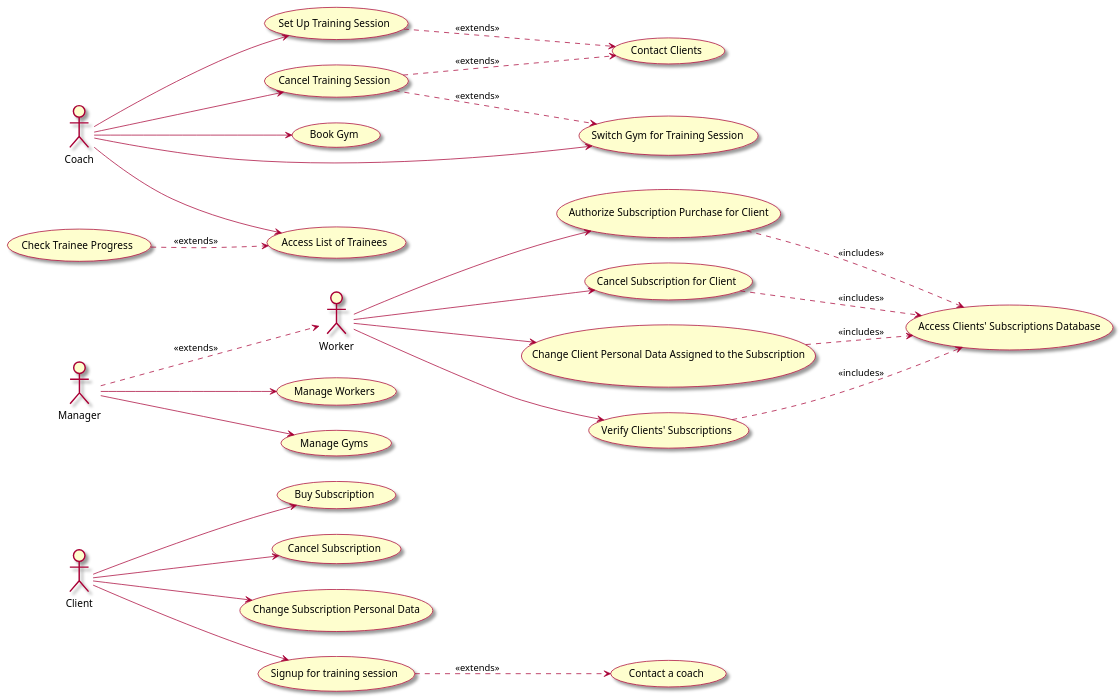
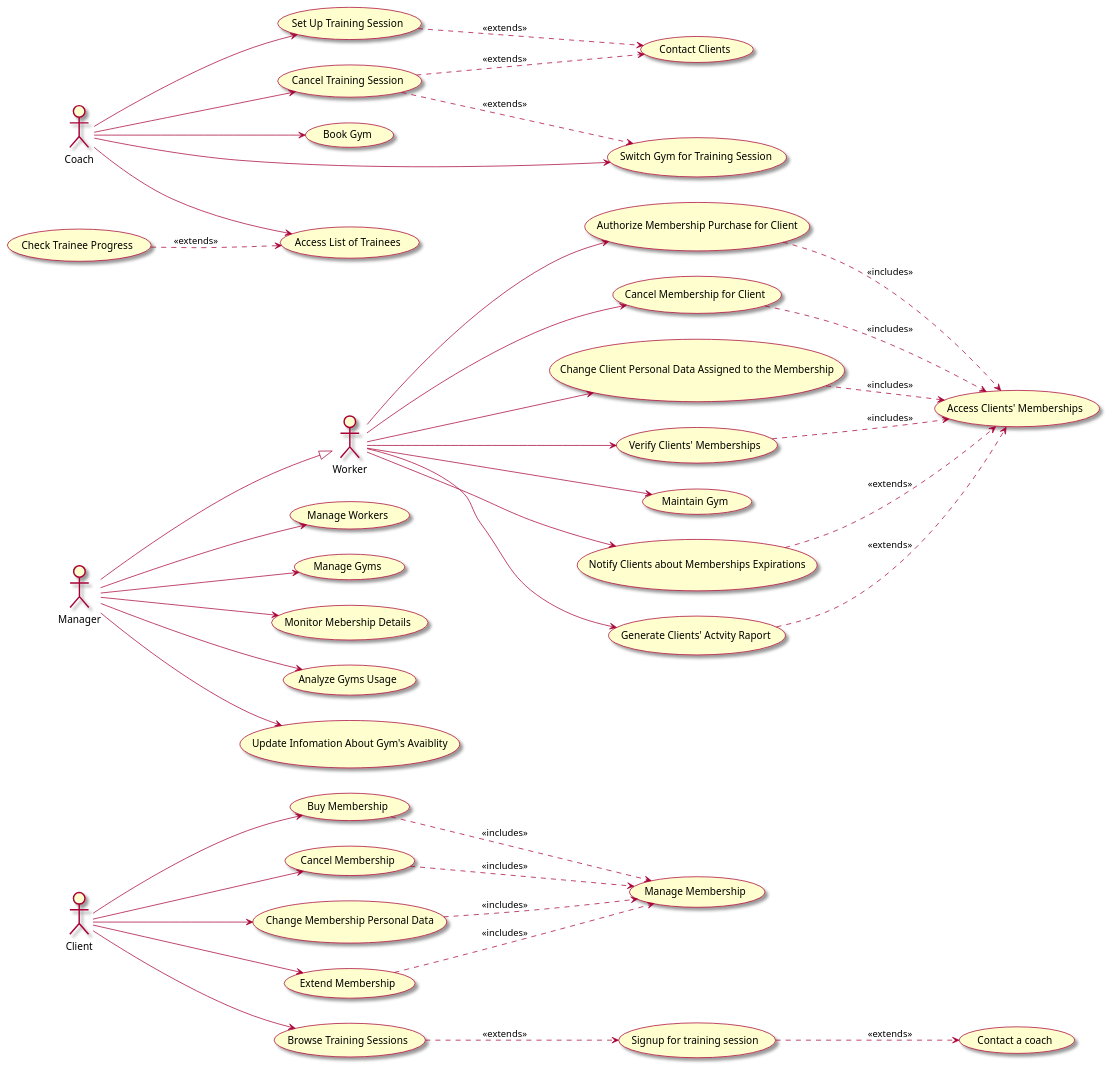
Before and after one commit to filip-stepien/software-engineering-lab: the diagram in lab1_2/uml/usecases.puml, drawn with PlantUML. The commit also changed 2 other files, not shown here.

Commit message:
use cases diagram

```diff
--- a/lab1_2/uml/usecases.puml
+++ b/lab1_2/uml/usecases.puml
@@ -2,76 +2,102 @@
 @startuml diagram
 
 left to right direction
 skin rose
 
 actor Client as client
 actor Manager as manager
 actor Coach as coach
 actor Worker as worker
 
 
 'client
-usecase "Buy Subscription" as buySubscription
-usecase "Cancel Subscription" as cancelSubscription
-usecase "Change Subscription Personal Data" as changePersonalData
+usecase "Buy Membership" as buyMembership
+usecase "Cancel Membership" as cancelMembership
+usecase "Change Membership Personal Data" as changePersonalData
 usecase "Signup for training session" as signupTraining
 usecase "Contact a coach" as contactCoach
+usecase "Extend Membership" as ExtendSubcription
+usecase "Manage Membership" as manageMembership
+usecase "Browse Training Sessions" as BrowseTrainingSessions 
 
-client --> buySubscription
-client --> cancelSubscription
+buyMembership -.>  manageMembership : <<includes>>
+cancelMembership-.> manageMembership : <<includes>>
+changePersonalData -.> manageMembership : <<includes>>
+ExtendSubcription -.>  manageMembership  : <<includes>>
+
+client --> BrowseTrainingSessions
+client --> buyMembership
+client --> cancelMembership
 client --> changePersonalData
-client --> signupTraining
+client --> ExtendSubcription
 
 signupTraining -.> contactCoach  : <<extends>>
+BrowseTrainingSessions -.> signupTraining : <<extends>>
 
 'coach
 
 usecase "Set Up Training Session" as setUpSession
 usecase "Cancel Training Session" as cancelSession
 usecase "Contact Clients" as contactClients
 usecase "Book Gym" as BookGym
 usecase "Switch Gym for Training Session" as SwitchGym
 usecase "Access List of Trainees" as AccessTrainessList
 usecase "Check Trainee Progress" as CheckTrainneProgress
 
 coach --> setUpSession
 coach --> cancelSession
 coach --> BookGym
 coach --> SwitchGym
 coach --> AccessTrainessList
 CheckTrainneProgress  -.> AccessTrainessList : <<extends>>
 
 setUpSession -.> contactClients : <<extends>>
 cancelSession -.> contactClients : <<extends>>
 cancelSession -.> SwitchGym : <<extends>>
 
 'worker
-usecase "Authorize Subscription Purchase for Client" as authorizePurchase
-usecase "Cancel Subscription for Client" as cancelClientSubscription
-usecase "Change Client Personal Data Assigned to the Subscription" as changeClientData
-usecase "Verify Clients' Subscriptions" as verifySubscriptions
-usecase "Access Clients' Subscriptions Database" as accessDatabase
+usecase "Access Clients' Memberships" as accessMembershipList
+usecase "Authorize Membership Purchase for Client" as authorizePurchase
+usecase "Cancel Membership for Client" as cancelClientMembership
+usecase "Change Client Personal Data Assigned to the Membership" as changeClientData
+usecase "Verify Clients' Memberships" as verifyMemberships
+usecase "Maintain Gym" as maintainGym
+usecase "Notify Clients about Memberships Expirations" as notifyClientsMebershipExpiration
+usecase "Generate Clients' Actvity Raport" as generateClientActivityRaport  
 
-worker --> authorizePurchase
-worker --> cancelClientSubscription
-worker --> changeClientData
-worker --> verifySubscriptions
+worker --> maintainGym
+worker --> authorizePurchase 
+worker --> cancelClientMembership 
+worker --> changeClientData 
+worker --> verifyMemberships 
+worker --> notifyClientsMebershipExpiration
+worker --> generateClientActivityRaport
 
-authorizePurchase -.> accessDatabase : <<includes>>
-cancelClientSubscription -.> accessDatabase : <<includes>>
-changeClientData -.> accessDatabase : <<includes>>
-verifySubscriptions -.> accessDatabase : <<includes>>
+generateClientActivityRaport -.> accessMembershipList : <<extends>>
+notifyClientsMebershipExpiration -.> accessMembershipList : <<extends>>
+authorizePurchase -.> accessMembershipList : <<includes>>
+cancelClientMembership -.> accessMembershipList : <<includes>>
+changeClientData -.> accessMembershipList : <<includes>>
+verifyMemberships -.> accessMembershipList : <<includes>>
 
 
 'manager
-manager -.> worker : <<extends>>
+manager --|> worker 
 
 usecase "Manage Workers" as manageWorkers
 usecase "Manage Gyms" as manageGyms
+usecase "Monitor Mebership Details" as monitorMembershipDetails
+usecase "Analyze Gyms Usage" as analyzeGymsUsage
+usecase "Update Infomation About Gym's Avaiblity" as updateGymAvabilityInformation
+
 
 manager --> manageWorkers
 manager --> manageGyms
+manager --> analyzeGymsUsage
+manager --> monitorMembershipDetails
+manager --> updateGymAvabilityInformation
+
 
 
 
 @enduml
```
